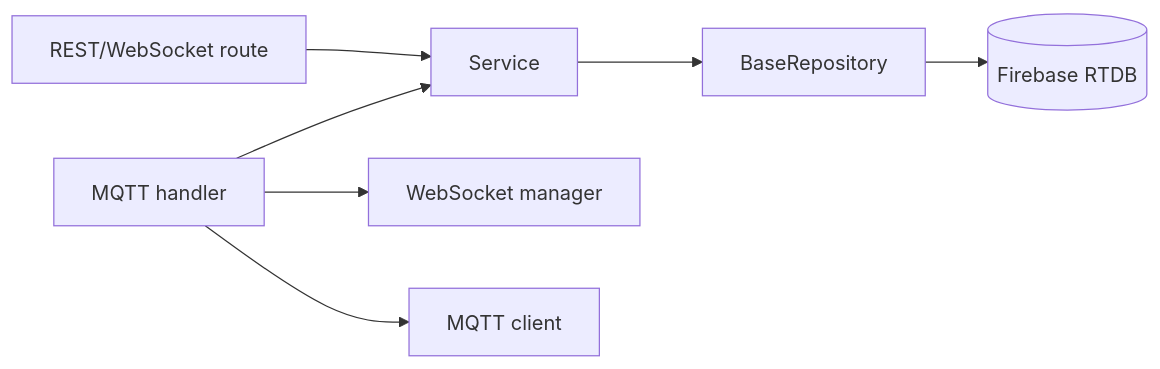
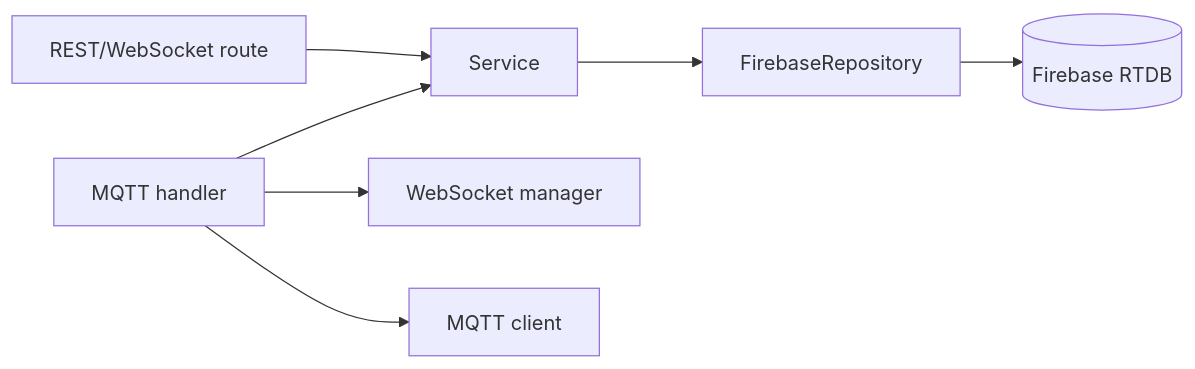
The diagram in docs/CodeExplain/backend/OVERVIEW.md (vuhieu0808/iot-project), drawn with Mermaid before and after one commit. The commit also changed 14 other files, not shown here.

````diff
--- a/docs/CodeExplain/backend/OVERVIEW.md
+++ b/docs/CodeExplain/backend/OVERVIEW.md
@@ -5,9 +5,9 @@
 ```mermaid
 flowchart LR
     Route[REST/WebSocket route] --> Service[Service]
     Handler[MQTT handler] --> Service
-    Service --> Repo[BaseRepository]
+    Service --> Repo[FirebaseRepository]
     Repo --> Firebase[(Firebase RTDB)]
     Handler --> WS[WebSocket manager]
     Handler --> MQTT[MQTT client]
 ```
````
